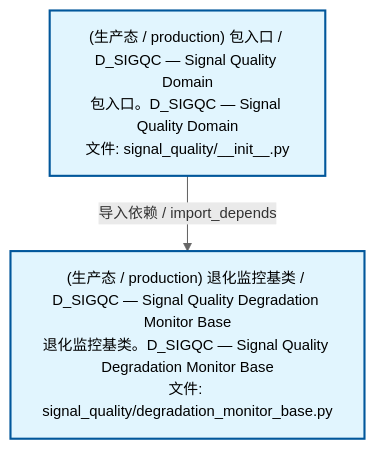
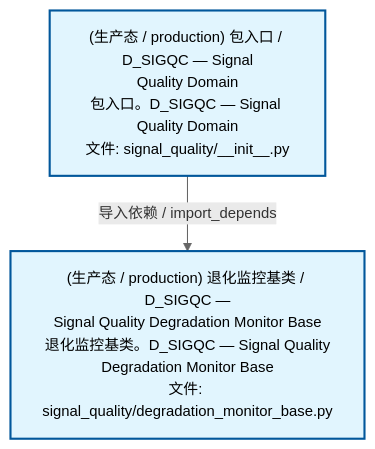
The second of 3 diagrams in docs/02_enterprise_architecture/02_domain_architecture_docs/69_d_sigqc.md (xuanFelixVan/ZephyrAlpha), drawn with Mermaid before and after one commit. The commit also changed other lines of this file and 61 other files, not shown here.

````diff
--- a/docs/02_enterprise_architecture/02_domain_architecture_docs/69_d_sigqc.md
+++ b/docs/02_enterprise_architecture/02_domain_architecture_docs/69_d_sigqc.md
@@ -75,12 +75,12 @@
 ```mermaid
 %%{init: {'theme': 'base', 'themeVariables': {'primaryColor': '#eaeaea', 'primaryTextColor': '#333333', 'primaryBorderColor': '#666666', 'lineColor': '#666666', 'secondaryColor': '#eaeaea', 'tertiaryColor': '#eaeaea', 'fontSize': '14px'}}}%%
 flowchart TD
-    src_zephyr_signal_quality_init_py["(生产态 / production) 包入口 / D_SIGQC — Signal Quality Domain<br/>包入口。D_SIGQC — Signal Quality Domain<br/>文件: signal_quality/__init__.py"]
-    src_zephyr_signal_quality_degradation_monitor_base_py["(生产态 / production) 退化监控基类 / D_SIGQC — Signal Quality Degradation Monitor Base<br/>退化监控基类。D_SIGQC — Signal Quality Degradation Monitor Base<br/>文件: signal_quality/degradation_monitor_base.py"]
+    src_zephyr_signal_quality_init_py["(生产态 / production) 包入口 / D_SIGQC — Signal<br/>Quality Domain<br/>包入口。D_SIGQC — Signal Quality Domain<br/>文件: signal_quality/__init__.py"]
+    src_zephyr_signal_quality_degradation_monitor_base_py["(生产态 / production) 退化监控基类 / D_SIGQC —<br/>Signal Quality Degradation Monitor Base<br/>退化监控基类。D_SIGQC — Signal Quality<br/>Degradation Monitor Base<br/>文件: signal_quality/degradation_monitor_base.py"]
     src_zephyr_signal_quality_init_py -->|导入依赖 / import_depends| src_zephyr_signal_quality_degradation_monitor_base_py
     classDef production fill:#e1f5fe,stroke:#01579b,stroke-width:2px,color:#000
     classDef design fill:#fff3e0,stroke:#e65100,stroke-width:2px,color:#000,stroke-dasharray: 5 5
     classDef external_prod fill:#e8f4fd,stroke:#0277bd,stroke-width:1px,color:#000
     classDef external_design fill:#fff8e7,stroke:#ef6c00,stroke-width:1px,color:#000,stroke-dasharray: 5 5
     class src_zephyr_signal_quality_init_py,src_zephyr_signal_quality_degradation_monitor_base_py production
 ```
````
